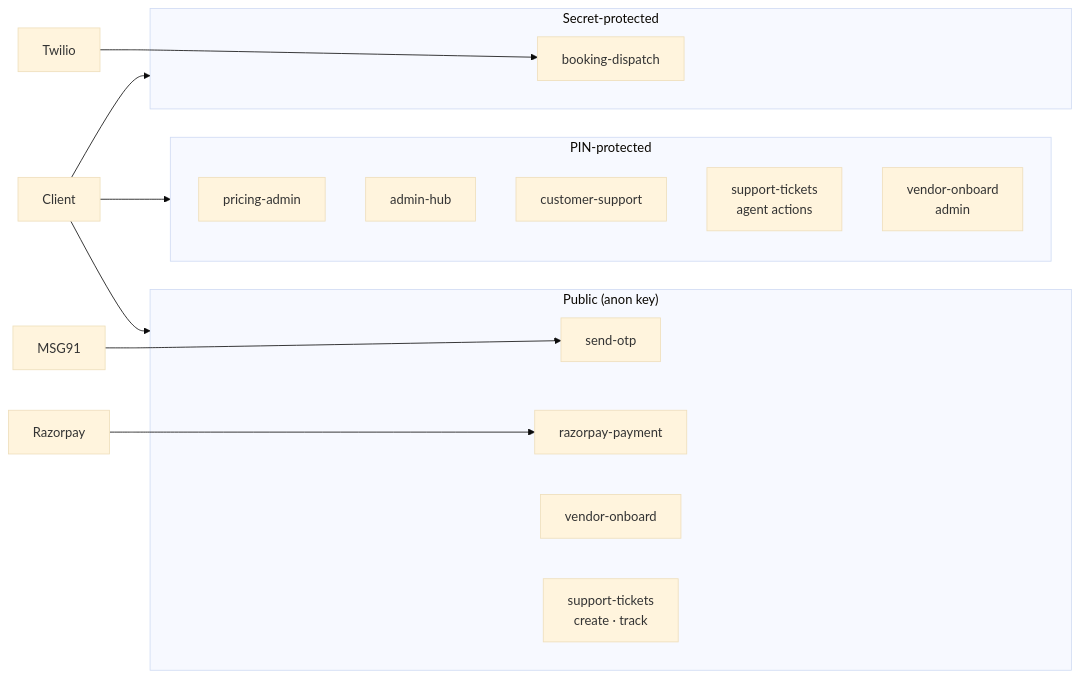
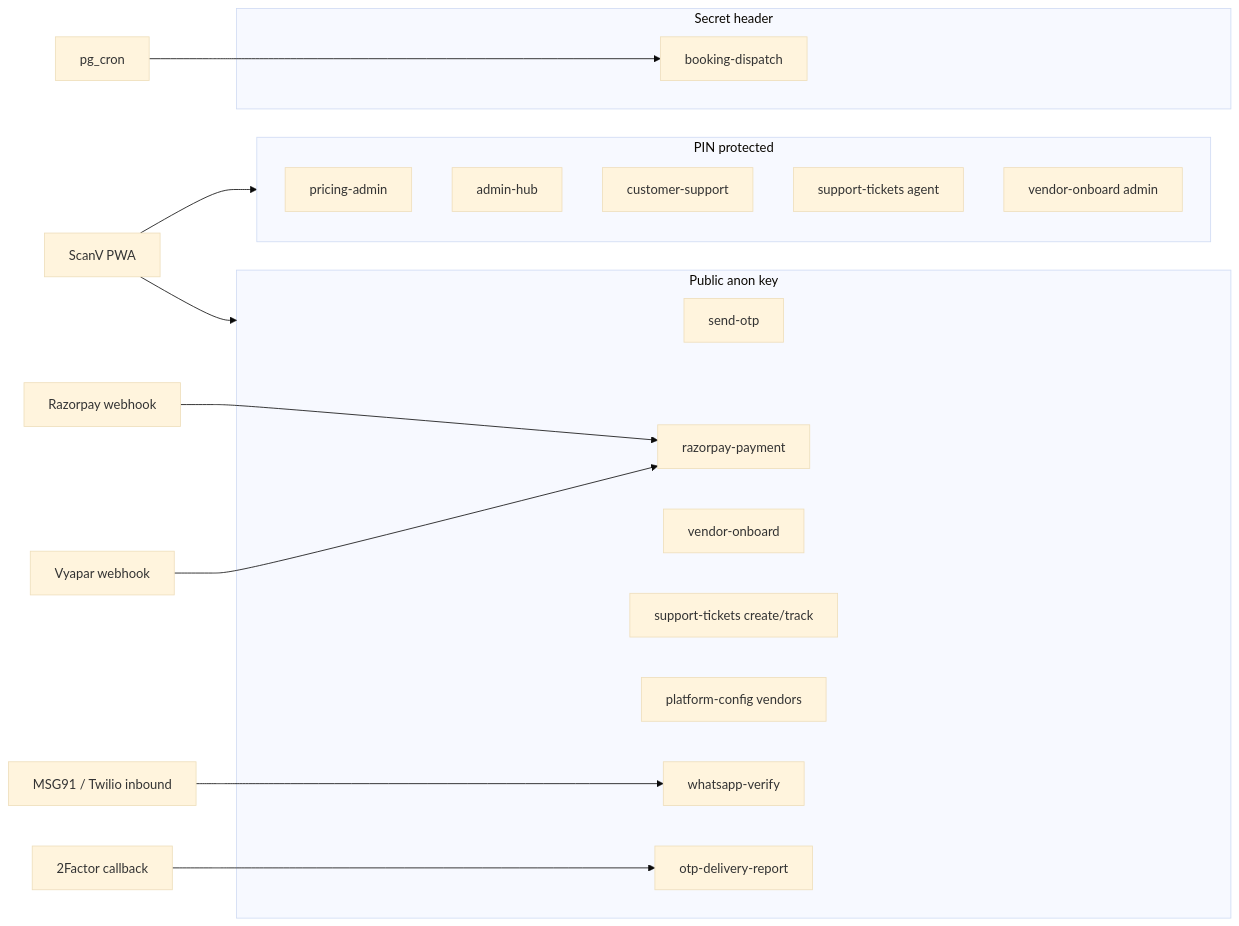
Before and after one commit to scanversecorp/scanverse: the third of 7 diagrams in docs/ARCHITECTURE.md, drawn with Mermaid (base theme). The commit also changed other lines of this file and 14 other files, not shown here.

First line of the commit message:
Update architecture and data-flow diagrams for v5.5.3.

````diff
--- a/docs/ARCHITECTURE.md
+++ b/docs/ARCHITECTURE.md
@@ -90,28 +115,32 @@
 ```mermaid
 flowchart LR
-    subgraph Public["Public (anon key)"]
+    subgraph Public["Public anon key"]
         SO["send-otp"]
         RP["razorpay-payment"]
         VO["vendor-onboard"]
-        ST["support-tickets<br/>create · track"]
+        ST["support-tickets create/track"]
+        PC["platform-config vendors"]
+        WA["whatsapp-verify"]
+        ODR["otp-delivery-report"]
     end
 
-    subgraph PIN["PIN-protected"]
+    subgraph PIN["PIN protected"]
         PA["pricing-admin"]
         AH["admin-hub"]
         CS["customer-support"]
-        ST2["support-tickets<br/>agent actions"]
-        VA["vendor-onboard<br/>admin"]
+        ST2["support-tickets agent"]
+        VO2["vendor-onboard admin"]
     end
 
-    subgraph Secret["Secret-protected"]
+    subgraph Secret["Secret header"]
         BD["booking-dispatch"]
     end
 
-    Client --> Public
+    Client["ScanV PWA"] --> Public
     Client --> PIN
-    Client --> Secret
-    Razorpay --> RP
-    Twilio --> BD
-    MSG91 --> SO
+    Cron["pg_cron"] --> BD
+    Razorpay["Razorpay webhook"] --> RP
+    Vyapar["Vyapar webhook"] --> RP
+    TwoFactor["2Factor callback"] --> ODR
+    Providers["MSG91 / Twilio inbound"] --> WA
 ```
````
